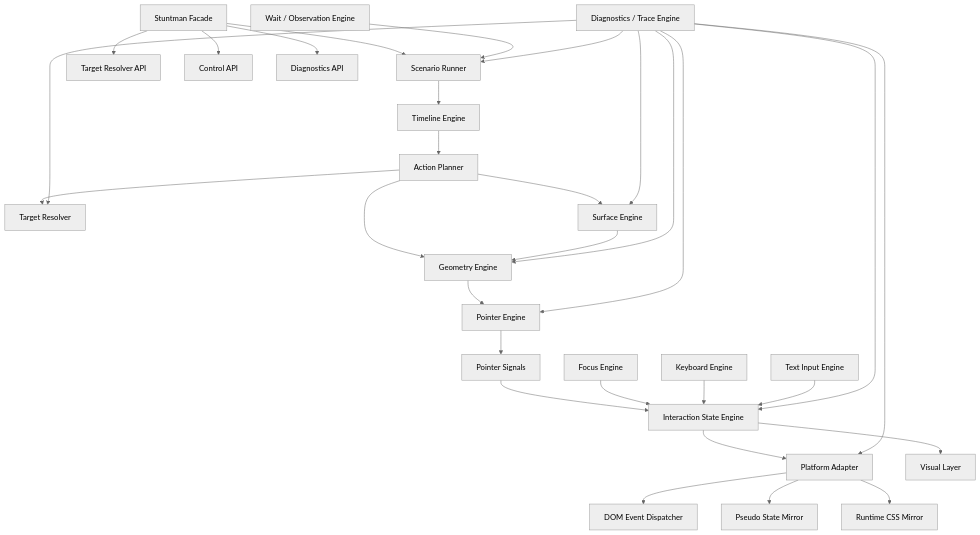
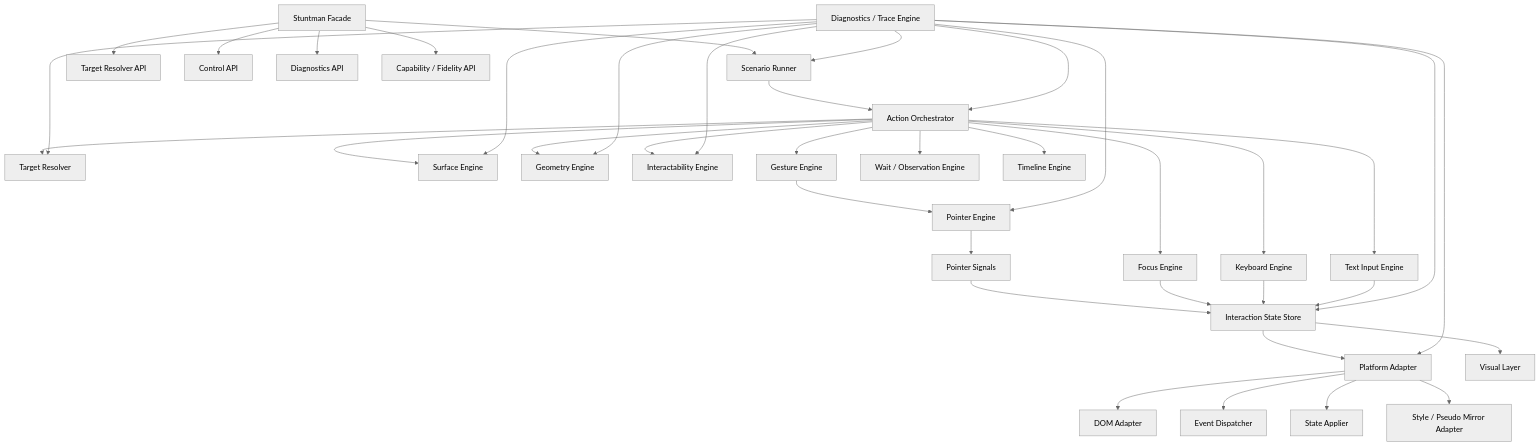
One commit to syi0808/actorble changed the first of 5 diagrams in docs/browser-architecture.md. Above: the diagram before and after it, drawn with Mermaid (neutral theme). The commit also changed other lines of this file and 1 other file, not shown here.

Commit message:
update architecture draft docs

````diff
--- a/docs/browser-architecture.md
+++ b/docs/browser-architecture.md
@@ -5,41 +5,47 @@
 ```mermaid
 flowchart TD
     A[Stuntman Facade] --> B[Scenario Runner]
     A --> C[Target Resolver API]
     A --> D[Control API]
     A --> E[Diagnostics API]
+    A --> F[Capability / Fidelity API]
 
-    B --> F[Timeline Engine]
-    F --> G[Action Planner]
+    B --> G[Action Orchestrator]
 
     G --> H[Target Resolver]
     G --> I[Surface Engine]
     G --> J[Geometry Engine]
+    G --> K[Interactability Engine]
+    G --> L[Gesture Engine]
+    G --> M[Focus Engine]
+    G --> N[Keyboard Engine]
+    G --> O[Text Input Engine]
+    G --> P[Wait / Observation Engine]
+    G --> Q[Timeline Engine]
 
-    I --> J
-    J --> K[Pointer Engine]
+    L --> R[Pointer Engine]
+    R --> S[Pointer Signals]
 
-    K --> L[Pointer Signals]
-    L --> M[Interaction State Engine]
+    S --> T[Interaction State Store]
+    M --> T
+    N --> T
+    O --> T
 
-    N[Focus Engine] --> M
-    O[Keyboard Engine] --> M
-    P[Text Input Engine] --> M
+    T --> U[Platform Adapter]
+    T --> V[Visual Layer]
 
-    M --> Q[Platform Adapter]
-    M --> R[Visual Layer]
-
-    Q --> S[DOM Event Dispatcher]
-    Q --> T[Pseudo State Mirror]
-    Q --> U[Runtime CSS Mirror]
-
-    V[Wait / Observation Engine] --> B
+    U --> U1[DOM Adapter]
+    U --> U2[Event Dispatcher]
+    U --> U3[State Applier]
+    U --> U4[Style / Pseudo Mirror Adapter]
 
     W[Diagnostics / Trace Engine] --> B
+    W --> G
     W --> H
     W --> I
     W --> J
     W --> K
-    W --> M
-    W --> Q
+    W --> R
+    W --> T
+    W --> U
 ```
````
